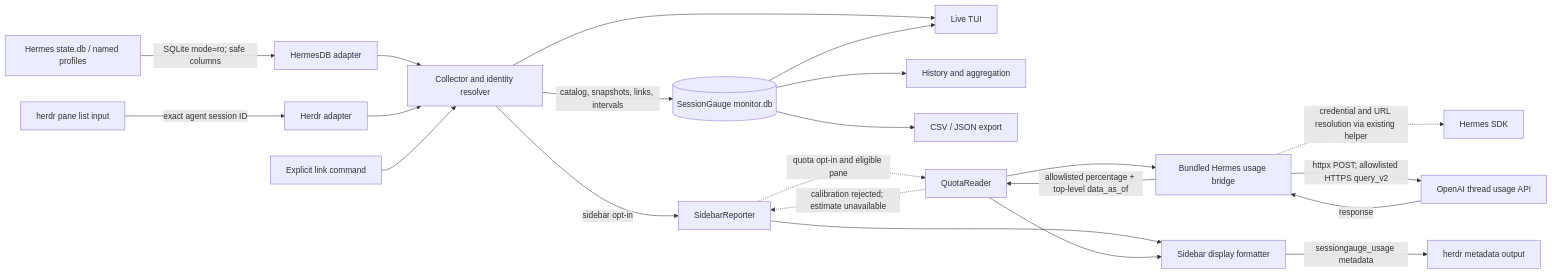
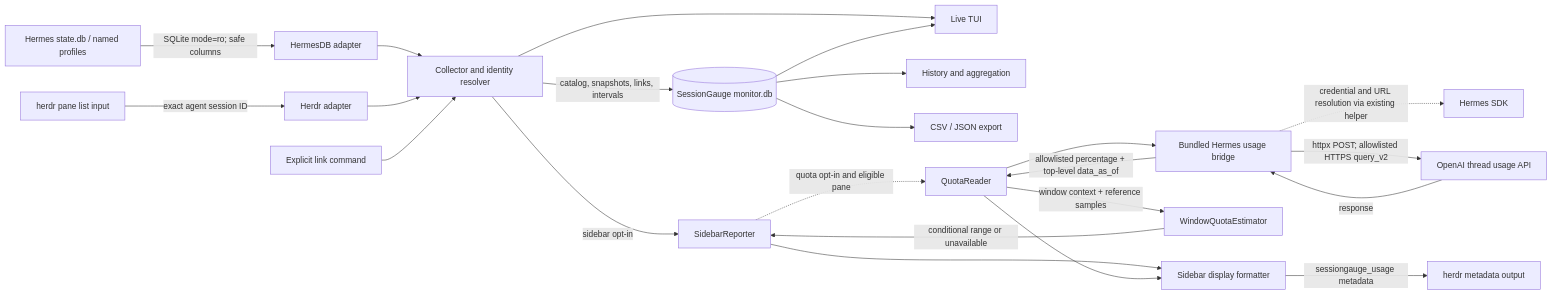
Before and after one commit to iorinu/SessionGauge: the first of 2 diagrams in docs/architecture.md, drawn with Mermaid. The commit also changed other lines of this file and 8 other files, not shown here.

````diff
--- a/docs/architecture.md
+++ b/docs/architecture.md
@@ -5,24 +5,25 @@
 ```mermaid
 flowchart LR
     H[Hermes state.db / named profiles] -->|SQLite mode=ro; safe columns| A[HermesDB adapter]
     R[herdr pane list input] -->|exact agent session ID| B[Herdr adapter]
     A --> C[Collector and identity resolver]
     B --> C
     L[Explicit link command] --> C
     C -->|catalog, snapshots, links, intervals| M[(SessionGauge monitor.db)]
     C --> T[Live TUI]
     M --> T
     M --> G[History and aggregation]
     M --> E[CSV / JSON export]
     C -->|sidebar opt-in| S[SidebarReporter]
     S -. quota opt-in and eligible pane .-> Q[QuotaReader]
     Q --> X[Bundled Hermes usage bridge]
     X -. credential and URL resolution via existing helper .-> SDK[Hermes SDK]
     X -->|httpx POST; allowlisted HTTPS query_v2| API[OpenAI thread usage API]
     API -->|response| X
     X -->|allowlisted percentage + top-level data_as_of| Q
-    Q -. calibration rejected; estimate unavailable .-> S
+    Q -->|window context + reference samples| W[WindowQuotaEstimator]
+    W -->|conditional range or unavailable| S
     S --> F[Sidebar display formatter]
     Q --> F
     F -->|sessiongauge_usage metadata| O[herdr metadata output]
 ```
````
